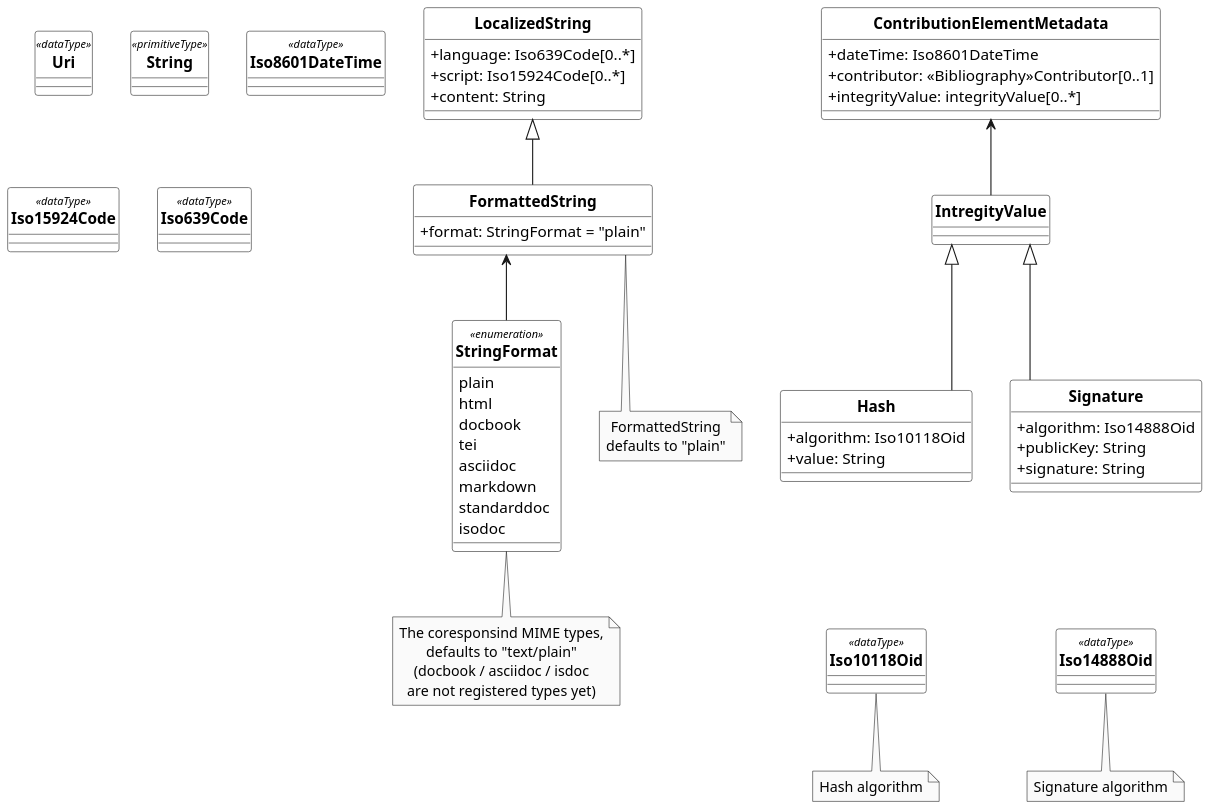
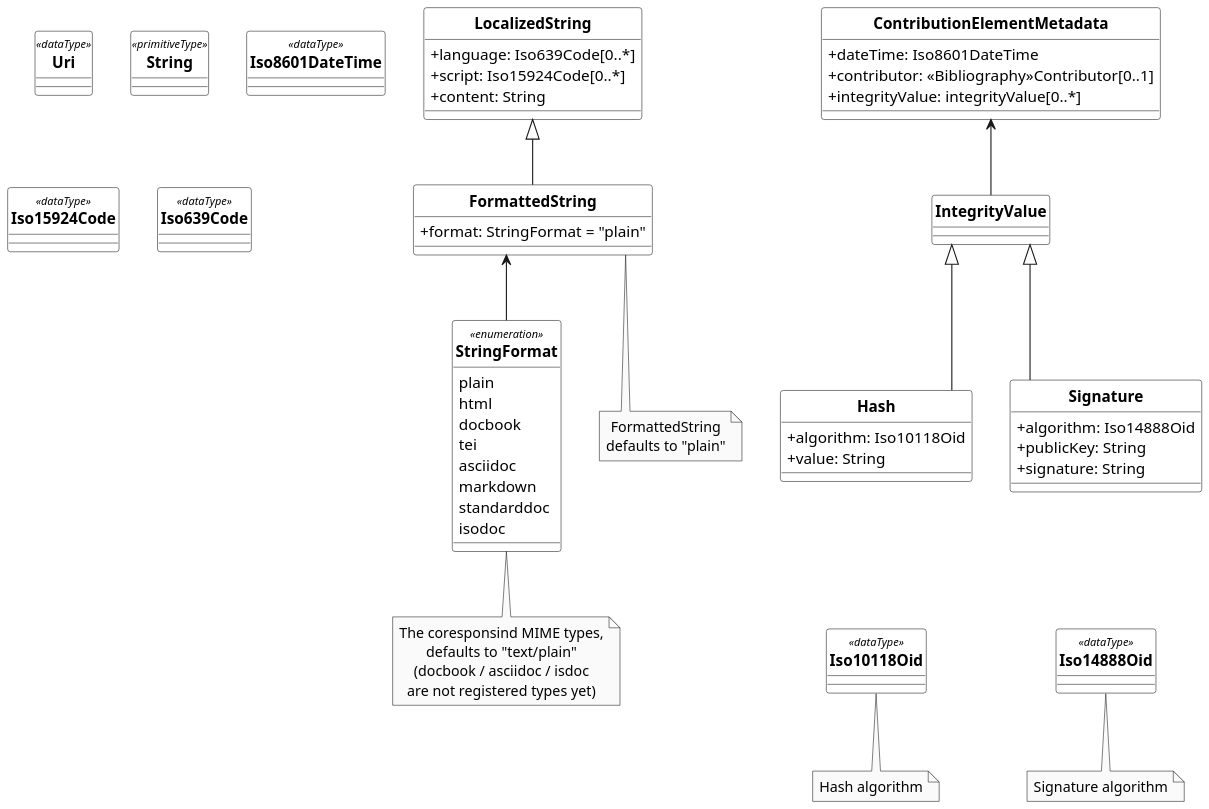
Before and after one commit to CalConnect/csd-standard-doc: the diagram in basicdoc_uml/DataTypes.wsd, drawn with PlantUML. The commit also changed 2 other files, not shown here.

```diff
--- a/basicdoc_uml/DataTypes.wsd
+++ b/basicdoc_uml/DataTypes.wsd
@@ -1,145 +1,145 @@
 @startuml DataTypes
 /'
 Diagram:        DataTypes
 DateCreate:     28/07/2018
 Description:    BasicDocument / SecureDoc is a family of document models that forms the basis of Metanorma IsoDoc (via Metanorma StandardDocument), which is used to represent ISO Standards and similarly structured standards.
                 It is also the document model that Selagraph operates on.
                 The Relaton Bibliography UML models used in these models are located here: Relaton BibModels.
                 BasicDocument itself is a document model that can serve as a transit data structure for document conversion, such as taking input from AsciiDoc or Markdown and converting them into an output format, such as Metanorma IsoDoc
 
 Hystory of changes:
 > 22/08/2018
     - diagram configuration updated
     - notes are updated for "FormattedString"
     - some relations between the elements are changed
     - new hidden relations are created
 '/
 
 '******* CONFIGURATION ************************************************
 skinparam classAttributeIconSize 0
 skinparam Dpi 150
 skinparam Monochrome true
 skinparam LineType ortho
 hide circle
 /' skinparam CircledCharacterRadius 0 '/
 /' skinparam CircledCharacterFontSize 0 '/
 skinparam Default {
 TextAlignment center
 FontName Helvetica
 }
 skinparam Class {
 AttributeIconSize 0
 BackgroundColor White
 FontStyle bold
 StereotypeFontSize 10
 }
 skinparam Rectangle {
 BackgroundColor White
 FontStyle bold
 FontSize 11
 StereotypeFontSize 10
 }
 skinparam Object {
 BackgroundColor White
 FontStyle bold
 FontSize 11
 StereotypeFontSize 10
 }
 
 skinparam Entity {
 StereotypeFontSize 10
 }
 
 '******* CLASS DEFINITION *********************************************
 class LocalizedString {
     +language: Iso639Code[0..*]
     +script: Iso15924Code[0..*]
     +content: String
 }
 
 class Uri <<dataType>> {
 
 }
 
 class String <<primitiveType>> {
 
 }
 
 class FormattedString {
     +format: StringFormat = "plain"
 }
 
 class Iso8601DateTime <<dataType>> {
 
 }
 
 class Iso15924Code <<dataType>> {
 
 }
 
 class Iso639Code <<dataType>> {
 
 }
 
 class Iso10118Oid <<dataType>> {
 
 }
 
 class Iso14888Oid <<dataType>> {
 
 }
 
 class ContributionElementMetadata {
     +dateTime: Iso8601DateTime
     +contributor: <<Bibliography>>Contributor[0..1]
     +integrityValue: integrityValue[0..*]
 
 }
 
-class IntregityValue {
+class IntegrityValue {
 
 }
 
 class Hash {
     +algorithm: Iso10118Oid
     +value: String
 }
 
 class Signature {
     +algorithm: Iso14888Oid
     +publicKey: String
     +signature: String
 
 }
 
 enum StringFormat <<enumeration>> {
     plain
     html
     docbook
     tei
     asciidoc
     markdown
     standarddoc
     isodoc
 }
 
 
 '******* NOTES *******************************************************
 note bottom of Iso10118Oid: Hash algorithm
 note bottom of Iso14888Oid: Signature algorithm
 note bottom of FormattedString: FormattedString\ndefaults to "plain"
 note bottom of StringFormat: The coresponsind MIME types,\ndefaults to "text/plain"\n(docbook / asciidoc / isdoc\nare not registered types yet)
 
 
 '******* CLASS RELATIONS *********************************************
 LocalizedString <|-- FormattedString
 FormattedString <-- StringFormat
 
-ContributionElementMetadata <-- IntregityValue
-IntregityValue <|-- Hash
-IntregityValue <|-- Signature
+ContributionElementMetadata <-- IntegrityValue
+IntegrityValue <|-- Hash
+IntegrityValue <|-- Signature
 
  Hash -[hidden]- Iso10118Oid
  Signature -[hidden]- Iso14888Oid
 
 @enduml
```
